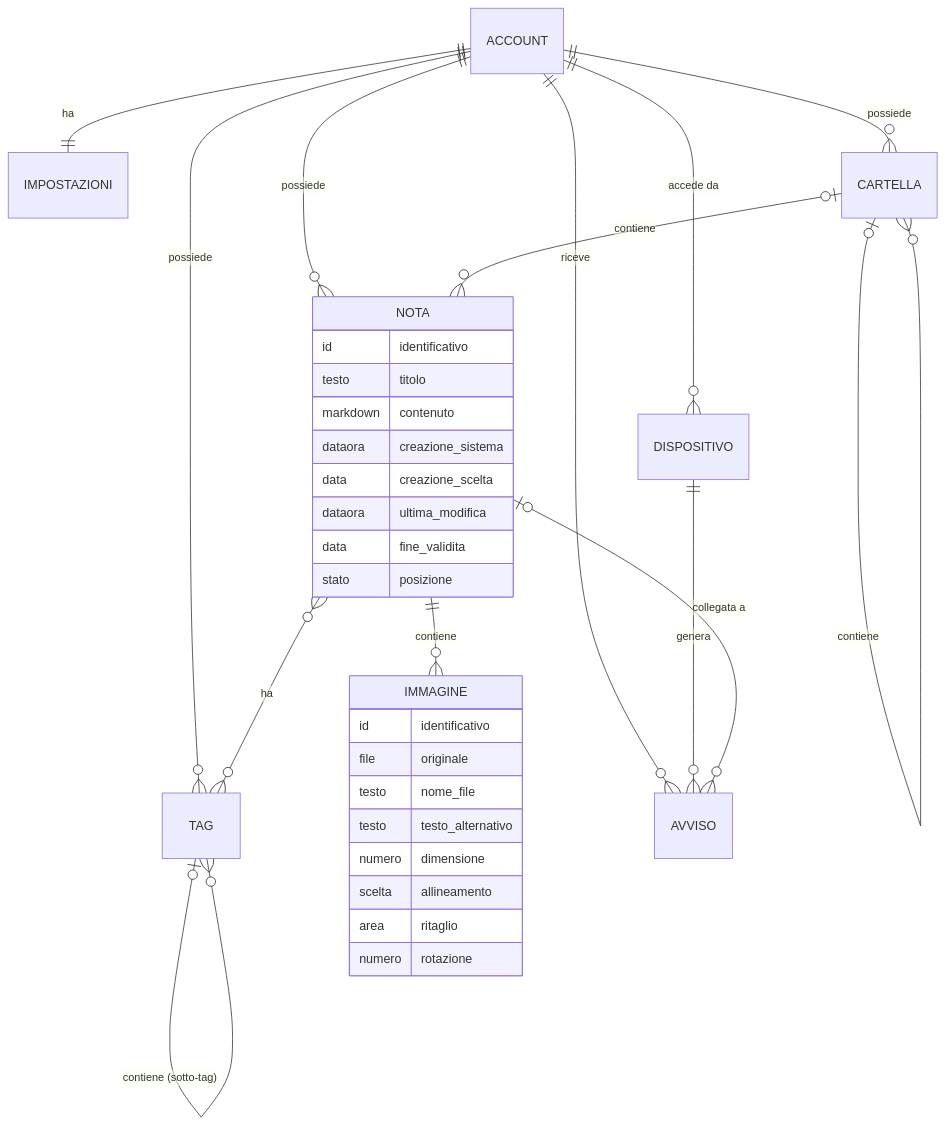
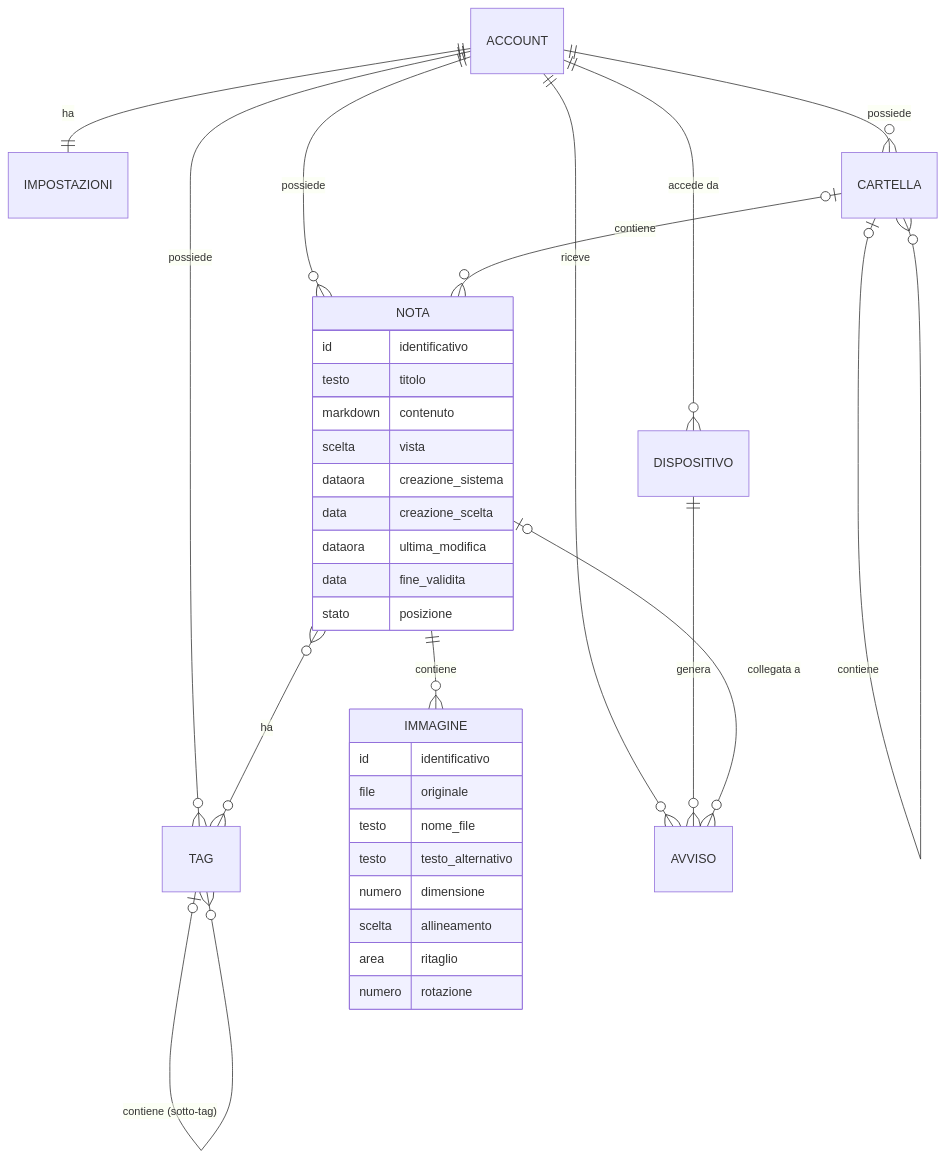
Before and after one commit to Helmutsti/MemoDu: the diagram in docs/moduli/note/3-entita.md, drawn with Mermaid. The commit also changed other lines of this file and 3 other files, not shown here.

````diff
--- a/docs/moduli/note/3-entita.md
+++ b/docs/moduli/note/3-entita.md
@@ -8,36 +8,37 @@
 ```mermaid
 erDiagram
     ACCOUNT ||--o{ DISPOSITIVO : "accede da"
     ACCOUNT ||--|| IMPOSTAZIONI : "ha"
     ACCOUNT ||--o{ NOTA : "possiede"
     ACCOUNT ||--o{ CARTELLA : "possiede"
     ACCOUNT ||--o{ TAG : "possiede"
     CARTELLA |o--o{ CARTELLA : "contiene"
     CARTELLA |o--o{ NOTA : "contiene"
     TAG |o--o{ TAG : "contiene (sotto-tag)"
     NOTA }o--o{ TAG : "ha"
     NOTA ||--o{ IMMAGINE : "contiene"
     ACCOUNT ||--o{ AVVISO : "riceve"
     DISPOSITIVO ||--o{ AVVISO : "genera"
     NOTA |o--o{ AVVISO : "collegata a"
     NOTA {
         id identificativo
         testo titolo
         markdown contenuto
+        scelta vista
         dataora creazione_sistema
         data creazione_scelta
         dataora ultima_modifica
         data fine_validita
         stato posizione
     }
     IMMAGINE {
         id identificativo
         file originale
         testo nome_file
         testo testo_alternativo
         numero dimensione
         scelta allineamento
         area ritaglio
         numero rotazione
     }
 ```
````
